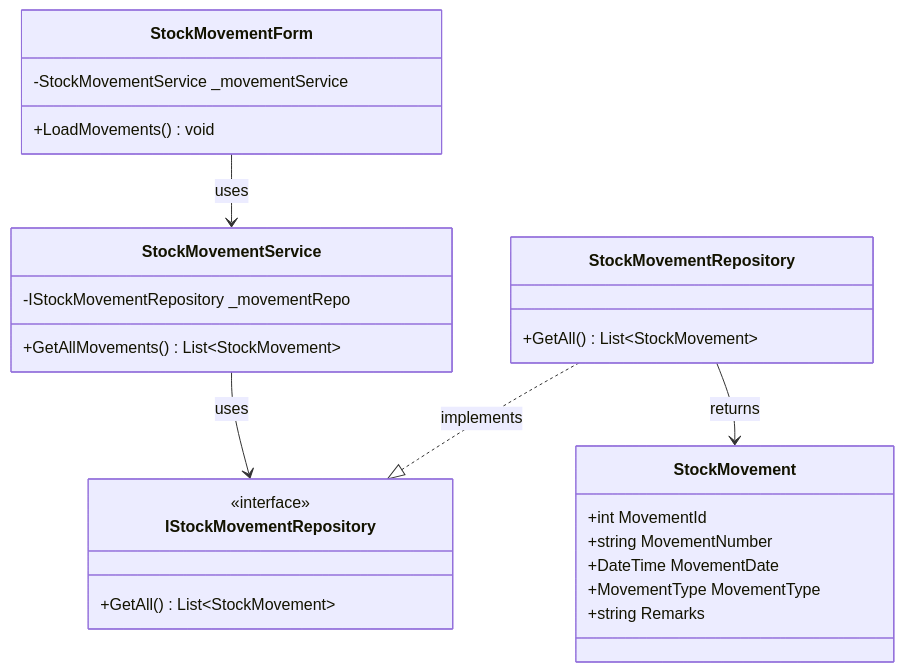
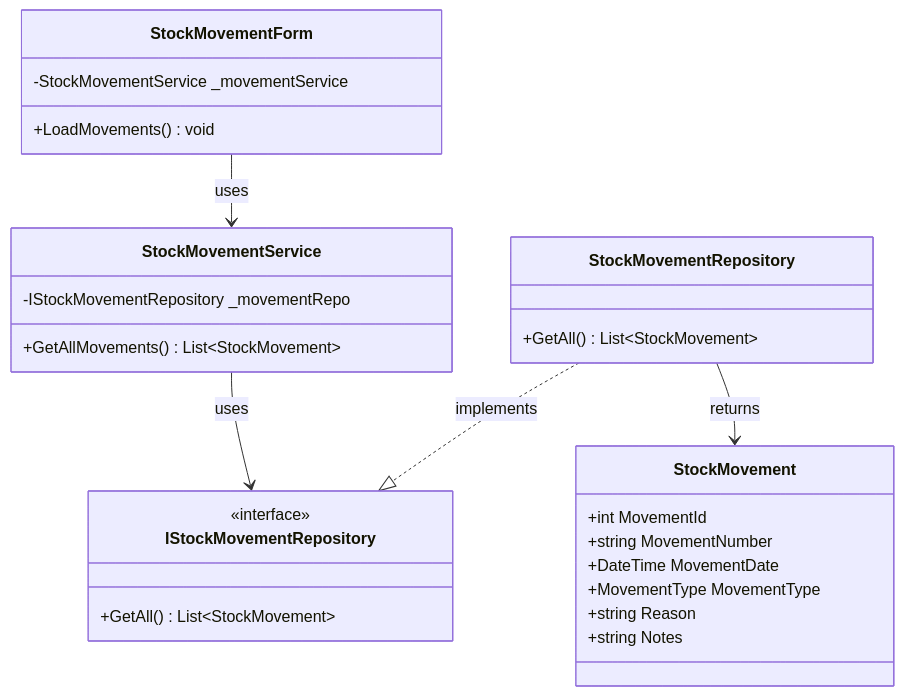
One commit to nahuk86/tp_diploma_nk_2026 changed the second of 8 diagrams in Documentation/UML_Diagrams/07_Stock_Movement_Process_Class_Diagram.md. Above: the diagram before and after it, drawn with Mermaid. The commit also changed other lines of this file and 6 other files, not shown here.

Commit message:
Update UML diagrams 01-07 to reflect actual implementation

````diff
--- a/Documentation/UML_Diagrams/07_Stock_Movement_Process_Class_Diagram.md
+++ b/Documentation/UML_Diagrams/07_Stock_Movement_Process_Class_Diagram.md
@@ -105,34 +118,35 @@
 ```mermaid
 classDiagram
     class StockMovementForm {
         -StockMovementService _movementService
         +LoadMovements() void
     }
 
     class StockMovementService {
         -IStockMovementRepository _movementRepo
         +GetAllMovements() List~StockMovement~
     }
 
     class IStockMovementRepository {
         <<interface>>
         +GetAll() List~StockMovement~
     }
 
     class StockMovementRepository {
         +GetAll() List~StockMovement~
     }
 
     class StockMovement {
         +int MovementId
         +string MovementNumber
         +DateTime MovementDate
         +MovementType MovementType
-        +string Remarks
+        +string Reason
+        +string Notes
     }
 
     StockMovementForm --> StockMovementService : uses
     StockMovementService --> IStockMovementRepository : uses
     StockMovementRepository ..|> IStockMovementRepository : implements
     StockMovementRepository --> StockMovement : returns
 ```
````
